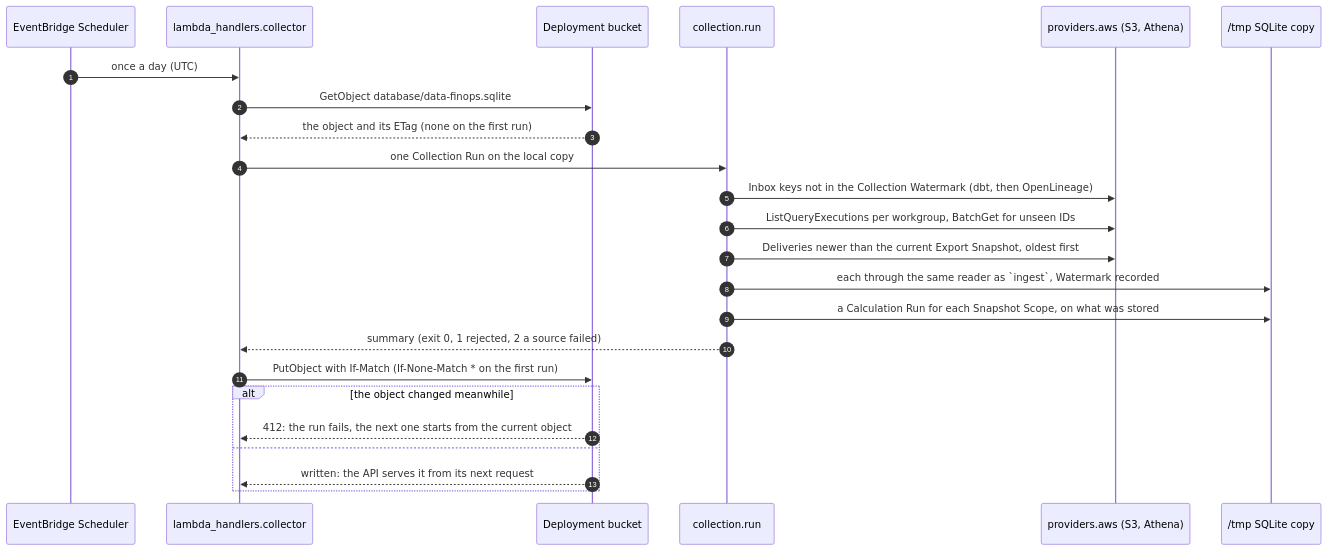
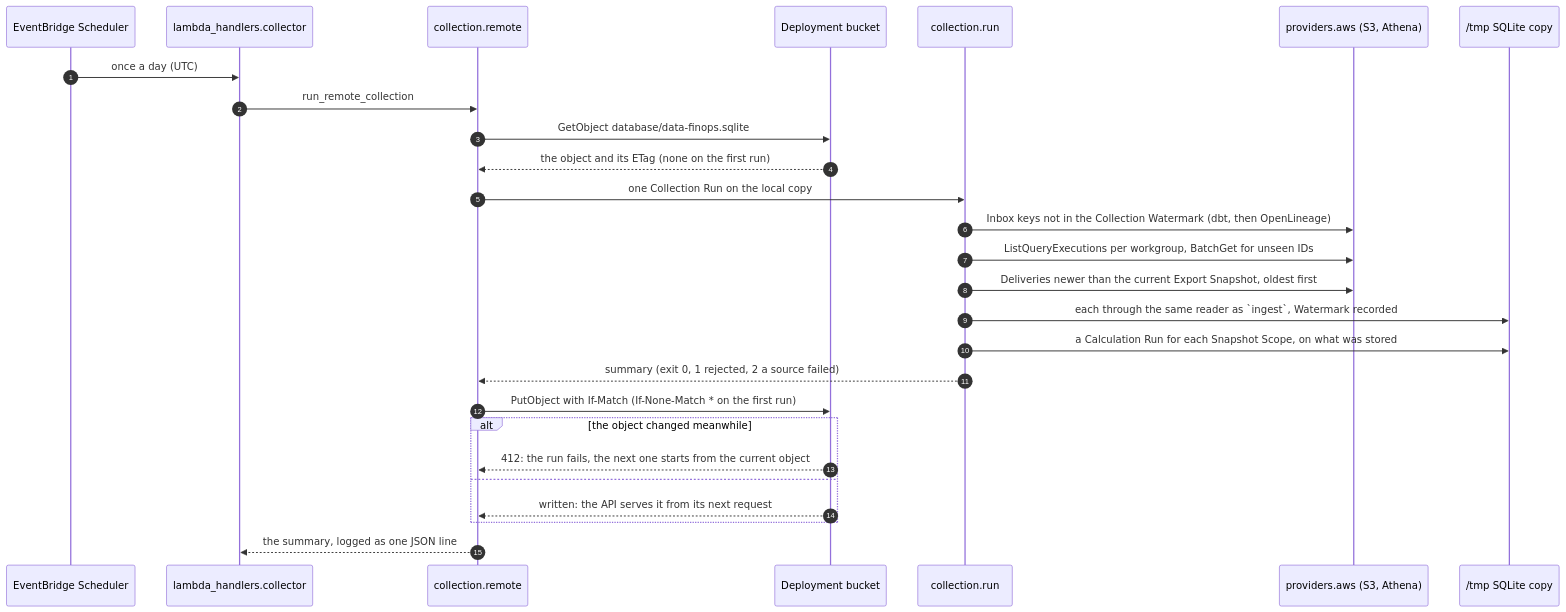
Before and after one commit to apmalong/data-finops: the fifth of 5 diagrams in docs/architecture/README.md, drawn with Mermaid. The commit also changed 29 other files, not shown here.

First line of the commit message:
Architectural drift review: findings, doc fixes and boundary guards (#207)

````diff
--- a/docs/architecture/README.md
+++ b/docs/architecture/README.md
@@ -244,26 +244,29 @@
 ```mermaid
 sequenceDiagram
     autonumber
     participant Sch as EventBridge Scheduler
     participant Col as lambda_handlers.collector
+    participant Rem as collection.remote
     participant S3 as Deployment bucket
     participant Run as collection.run
     participant AWS as providers.aws (S3, Athena)
     participant DB as /tmp SQLite copy
     Sch->>Col: once a day (UTC)
-    Col->>S3: GetObject database/data-finops.sqlite
-    S3-->>Col: the object and its ETag (none on the first run)
-    Col->>Run: one Collection Run on the local copy
+    Col->>Rem: run_remote_collection
+    Rem->>S3: GetObject database/data-finops.sqlite
+    S3-->>Rem: the object and its ETag (none on the first run)
+    Rem->>Run: one Collection Run on the local copy
     Run->>AWS: Inbox keys not in the Collection Watermark (dbt, then OpenLineage)
     Run->>AWS: ListQueryExecutions per workgroup, BatchGet for unseen IDs
     Run->>AWS: Deliveries newer than the current Export Snapshot, oldest first
     Run->>DB: each through the same reader as `ingest`, Watermark recorded
     Run->>DB: a Calculation Run for each Snapshot Scope, on what was stored
-    Run-->>Col: summary (exit 0, 1 rejected, 2 a source failed)
-    Col->>S3: PutObject with If-Match (If-None-Match * on the first run)
+    Run-->>Rem: summary (exit 0, 1 rejected, 2 a source failed)
+    Rem->>S3: PutObject with If-Match (If-None-Match * on the first run)
     alt the object changed meanwhile
-        S3-->>Col: 412: the run fails, the next one starts from the current object
+        S3-->>Rem: 412: the run fails, the next one starts from the current object
     else
-        S3-->>Col: written: the API serves it from its next request
+        S3-->>Rem: written: the API serves it from its next request
     end
+    Rem-->>Col: the summary, logged as one JSON line
 ```
````
